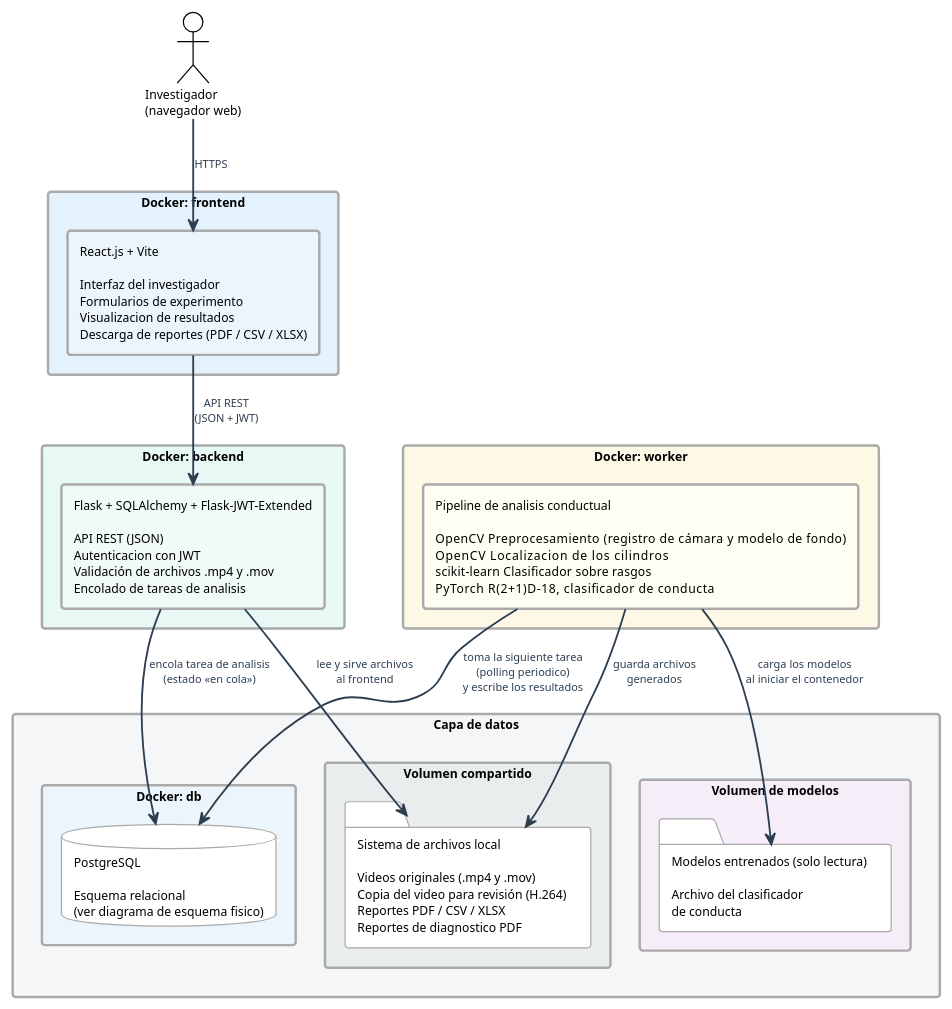
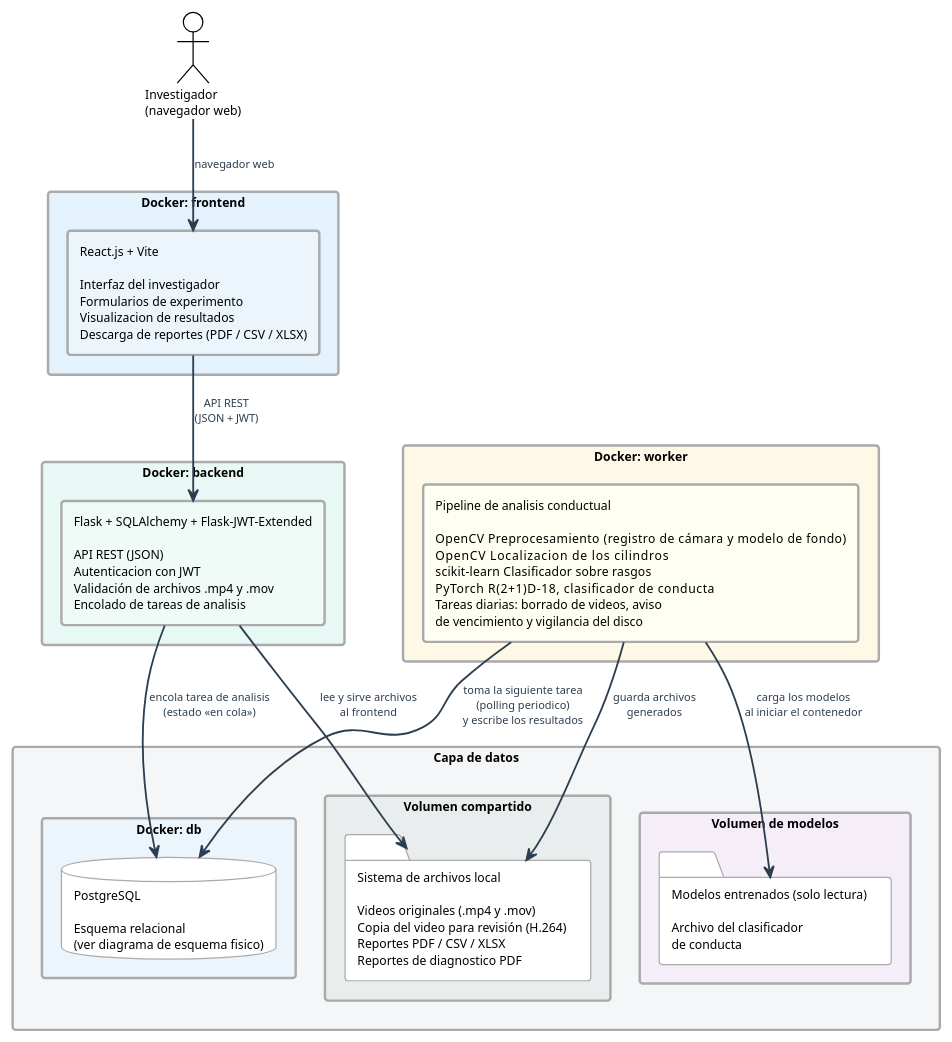
Before and after one commit to ErickJester/fst-ai-system-latex: the diagram in diagramas/arquitectura_software.puml, drawn with PlantUML. The commit also changed 33 other files, not shown here.

```diff
--- a/diagramas/arquitectura_software.puml
+++ b/diagramas/arquitectura_software.puml
@@ -1,122 +1,122 @@
 @startuml arquitectura_software
 ' ============================================================
 '  Arquitectura de software por capas — FST
 '  TT 2026-B066 | ESCOM-IPN
 ' ------------------------------------------------------------
 '  Corrige dos cosas desactualizadas del diagrama viejo, con
 '  fuente en chapters/05_diseno.tex:26-49 (Arquitectura general):
 '
 '  - Quita el contenedor Redis y la cola de mensajes. El texto
 '    dice "tres capas... frontend, backend y base de datos. Un
 '    cuarto contenedor -el worker-" -- CUATRO contenedores, nunca
 '    cinco, y Redis no aparece en NINGUN capitulo (se buscó en los
 '    ocho .tex). El mecanismo real, confirmado también en CU-07
 '    (05_diseno.tex:1452) y en la tabla de trabajos (05_diseno.tex:
 '    1276), es polling: el backend inserta la tarea en la tabla de
 '    analisis con estado "en cola" (D-15) y el Worker la toma en su
 '    siguiente ciclo de polling -- sin cola de mensajes aparte.
 '
 '  - Agrega el volumen de modelos entrenados, que el diagrama viejo
 '    no tenia: "el archivo del clasificador de conducta reside en un
 '    volumen Docker dedicado que el worker monta al arrancar el
 '    contenedor" (05_diseno.tex:45-48) -- distinto del volumen
 '    compartido de videos/reportes, y de solo lectura para el Worker.
 '
 '  - 5-oct: el worker ya no usa YOLOv8, ByteTrack ni ResNet-18/50
 '    (CLA-02/CLA-03). El pipeline real (fst_auto) localiza los
 '    cilindros por sustraccion de fondo y clasifica con un modelo
 '    sobre rasgos (scikit-learn) o la R(2+1)D-18 (PyTorch); cual de
 '    los dos queda se decide en TT-II, por eso el volumen no nombra
 '    un archivo concreto.
 '
 '  - Quita la lista de las 12 tablas viejas (USUARIOS, EXPERIMENTOS,
 '    TRABAJOS, ANIMALES, SUJETOS, ROIS...) del contenedor de base de
 '    datos -- ya no existen (ver MIGRACION-DIAGRAMAS.md SS2). Se
 '    remite al diagrama de esquema físico en vez de repetir aquí las
-'    16 relaciones del modelo nuevo, para no duplicar mantenimiento
+'    15 relaciones del modelo nuevo, para no duplicar mantenimiento
 '    entre dos diagramas.
 '
 '  Generar:
 '      java -jar plantuml.jar -tpng diagramas/arquitectura_software.puml
 ' ============================================================
 
 !theme plain
 skinparam defaultFontName Arial
 skinparam defaultFontSize 10
 skinparam shadowing false
 skinparam BackgroundColor White
 skinparam ArrowColor      #2C3E50
 skinparam ArrowThickness  1.5
 skinparam ArrowFontSize   9
 skinparam ArrowFontColor  #2C3E50
 skinparam RectangleBorderThickness 2
 skinparam RectangleBorderColor     #AAAAAA
 skinparam QueueBorderColor         #AAAAAA
 skinparam DatabaseBorderColor      #AAAAAA
 skinparam FolderBorderColor        #AAAAAA
 
 top to bottom direction
 
 ' ═══════════════════════════════════════════════════════════
 '  ACTOR
 ' ═══════════════════════════════════════════════════════════
 
 actor "Investigador\n(navegador web)" as INV
 
 ' ═══════════════════════════════════════════════════════════
 '  CAPA 1 — Presentacion
 ' ═══════════════════════════════════════════════════════════
 
 rectangle "Docker: frontend" as C_FE #E3F2FD {
   rectangle "React.js + Vite\n\nInterfaz del investigador\nFormularios de experimento\nVisualizacion de resultados\nDescarga de reportes (PDF / CSV / XLSX)" as FE #EBF5FB
 }
 
 ' ═══════════════════════════════════════════════════════════
 '  CAPA 2 — Logica de negocio
 ' ═══════════════════════════════════════════════════════════
 
 rectangle "Docker: backend" as C_BE #E8F8F5 {
   rectangle "Flask + SQLAlchemy + Flask-JWT-Extended\n\nAPI REST (JSON)\nAutenticacion con JWT\nValidación de archivos .mp4 y .mov\nEncolado de tareas de analisis" as BE #F0FBF8
 }
 
 ' ═══════════════════════════════════════════════════════════
 '  CAPA 3 — Procesamiento asincrono
 ' ═══════════════════════════════════════════════════════════
 
 rectangle "Docker: worker" as C_WK #FEF9E7 {
-  rectangle "Pipeline de analisis conductual\n\nOpenCV         Preprocesamiento (registro de cámara y modelo de fondo)\nOpenCV         Localizacion de los cilindros\nscikit-learn   Clasificador sobre rasgos\nPyTorch        R(2+1)D-18, clasificador de conducta" as WK #FFFEF2
+  rectangle "Pipeline de analisis conductual\n\nOpenCV         Preprocesamiento (registro de cámara y modelo de fondo)\nOpenCV         Localizacion de los cilindros\nscikit-learn   Clasificador sobre rasgos\nPyTorch        R(2+1)D-18, clasificador de conducta\nTareas diarias: borrado de videos, aviso\nde vencimiento y vigilancia del disco" as WK #FFFEF2
 }
 
 ' ═══════════════════════════════════════════════════════════
 '  CAPA 4 — Datos (PostgreSQL · Archivos · Modelos entrenados)
 ' ═══════════════════════════════════════════════════════════
 
 rectangle "Capa de datos" as DATOS #F4F6F7 {
 
   rectangle "Docker: db" as C_DB #EBF5FB {
     database "PostgreSQL\n\nEsquema relacional\n(ver diagrama de esquema fisico)" as DB
   }
 
   rectangle "Volumen compartido" as C_FS #EAEDED {
     folder "Sistema de archivos local\n\nVideos originales (.mp4 y .mov)\nCopia del video para revisión (H.264)\nReportes PDF / CSV / XLSX\nReportes de diagnostico PDF" as FS
   }
 
   rectangle "Volumen de modelos" as C_MD #F5EEF8 {
     folder "Modelos entrenados (solo lectura)\n\nArchivo del clasificador\nde conducta" as MD
   }
 
 }
 
 ' ═══════════════════════════════════════════════════════════
 '  RELACIONES
 ' ═══════════════════════════════════════════════════════════
 
-INV  -down->  FE  : "HTTPS"
+INV  -down->  FE  : "navegador web"
 FE   -down->  BE  : "API REST\n(JSON + JWT)"
 BE   -down->  DB  : "encola tarea de analisis\n(estado «en cola»)"
 WK   -->      DB  : "toma la siguiente tarea\n(polling periodico)\ny escribe los resultados"
 WK   -->      FS  : "guarda archivos\ngenerados"
 BE   -->      FS  : "lee y sirve archivos\nal frontend"
 WK   -->      MD  : "carga los modelos\nal iniciar el contenedor"
 
 @enduml
```
